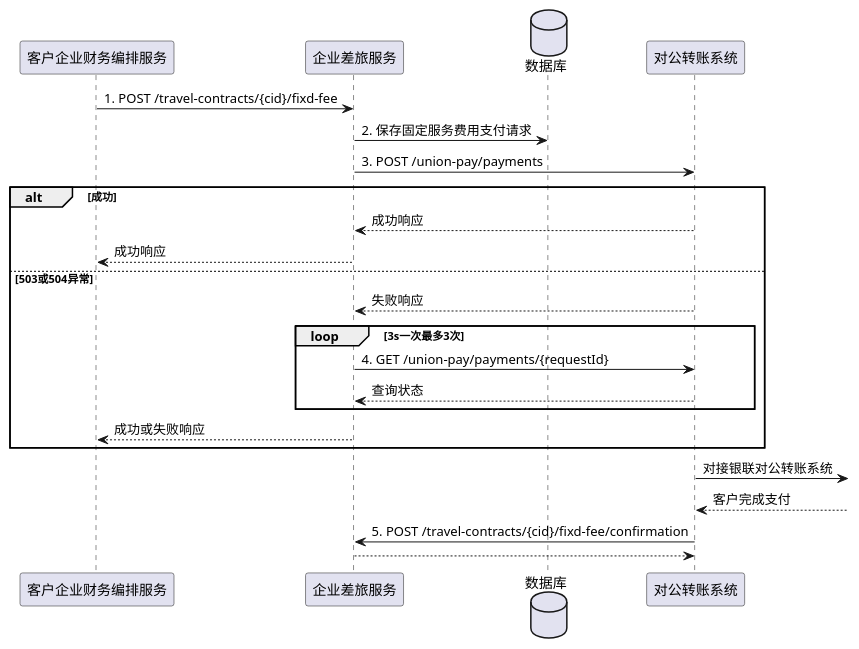
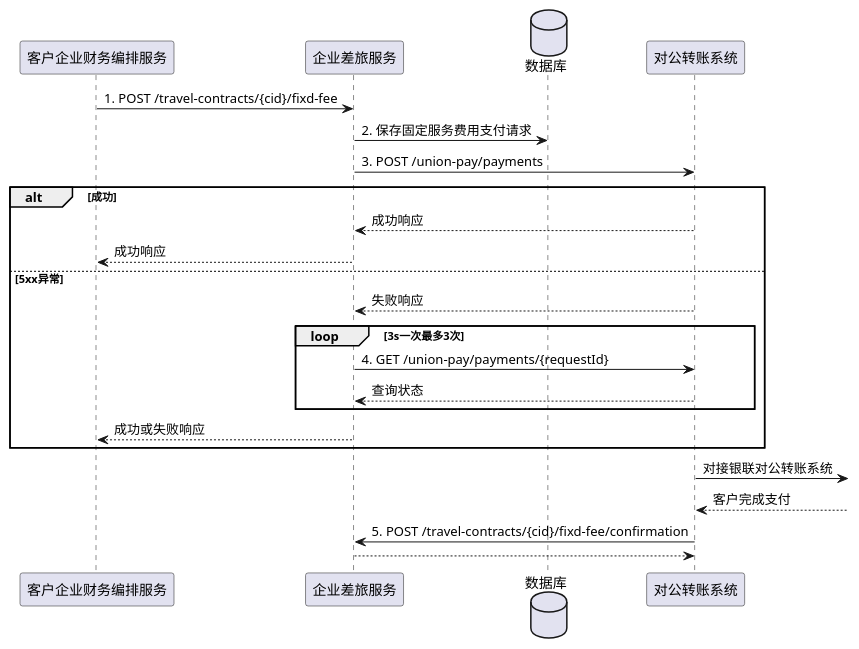
The diagram in images/CPafter.wsd (deesyx/heima), drawn with PlantUML before and after one commit. The commit also changed 2 other files, not shown here.

```diff
--- a/images/CPafter.wsd
+++ b/images/CPafter.wsd
@@ -1,27 +1,27 @@
 @startuml
 
 participant 客户企业财务编排服务 as f
 participant 企业差旅服务 as t
 database 数据库 as db
 participant 对公转账系统 as u
 
 f -> t: 1. POST /travel-contracts/{cid}/fixd-fee
 t -> db: 2. 保存固定服务费用支付请求
 t -> u: 3. POST /union-pay/payments
 alt 成功
     u --> t: 成功响应
     t --> f: 成功响应
-else 503或504异常
+else 5xx异常
     u --> t: 失败响应
     loop 3s一次最多3次
         t -> u: 4. GET /union-pay/payments/{requestId}
         u --> t: 查询状态
     end
     t --> f: 成功或失败响应
 end
 u -> : 对接银联对公转账系统
 u <-- : 客户完成支付
 u -> t: 5. POST /travel-contracts/{cid}/fixd-fee/confirmation
 t --> u
 
 @enduml
```
